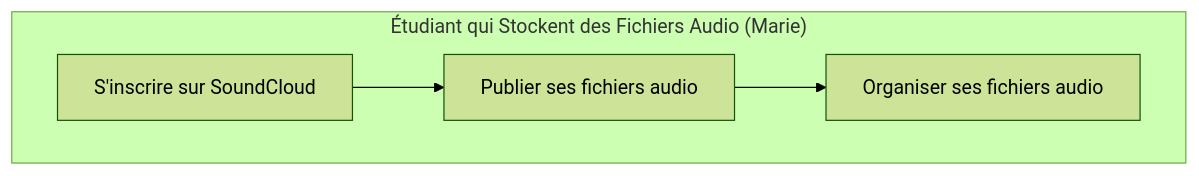
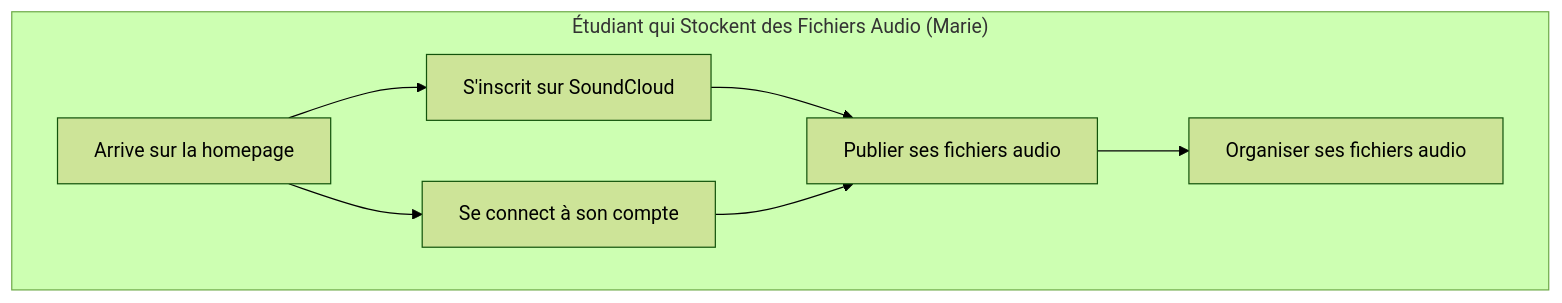
One commit to QuentinVdr/GestionProjet changed the third of 3 diagrams in README.md. Above: the diagram before and after it, drawn with Mermaid (forest theme). The commit also changed other lines of this file, not shown here.

Commit message:
📝 Update user journey diagrams in README.md

````diff
--- a/README.md
+++ b/README.md
@@ -31,10 +39,13 @@
 ```mermaid
 graph
 %% Persona 3 : Étudiant qui Stockent des Fichiers Audio (Marie)
 subgraph Persona3["Étudiant qui Stockent des Fichiers Audio (Marie)"]
 
-  P3I[S'inscrire sur SoundCloud] --> P3P[Publier ses fichiers audio]
+  P3H[Arrive sur la homepage] --> P3I[S'inscrit sur SoundCloud]
+  P3H --> P3C[Se connect à son compte]
+  P3I --> P3P[Publier ses fichiers audio]
+  P3C --> P3P
   P3P --> P3O[Organiser ses fichiers audio]
 
 end
 ```
````
